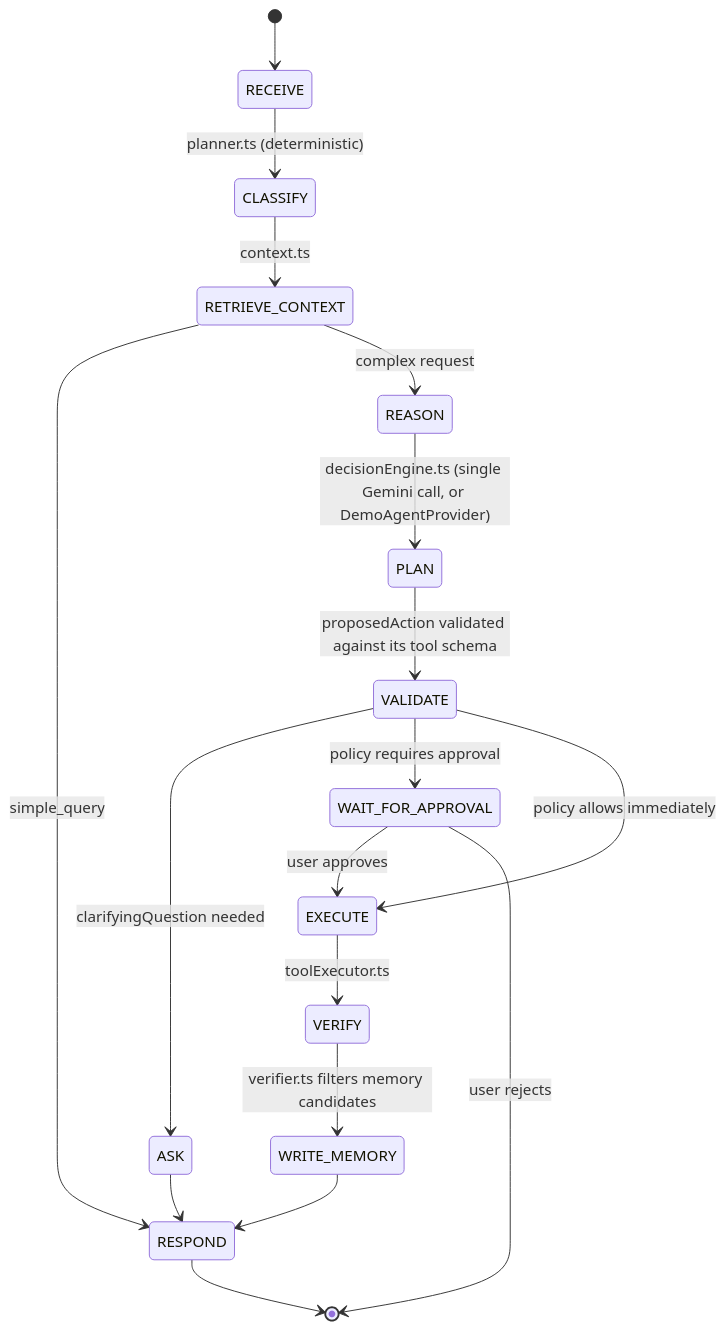
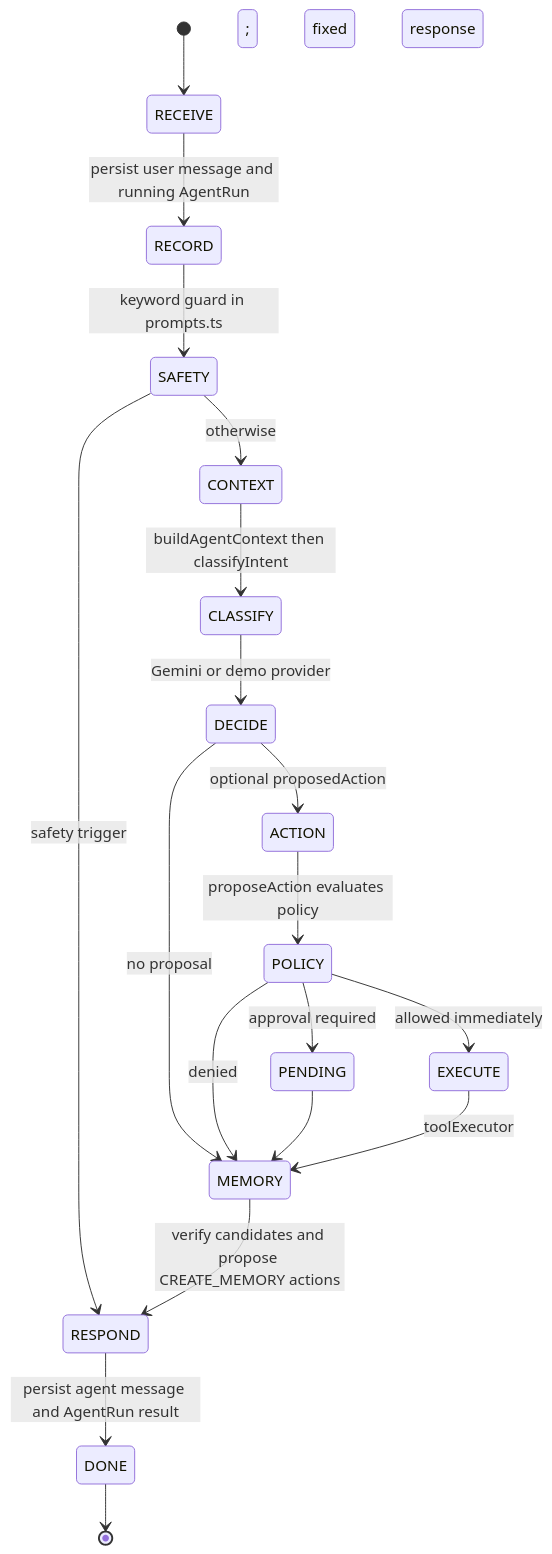
One commit to himanishpuri/continuum changed the second of 6 diagrams in docs/architecture.md. Above: the diagram before and after it, drawn with Mermaid. The commit also changed other lines of this file and 21 other files, not shown here.

````diff
--- a/docs/architecture.md
+++ b/docs/architecture.md
@@ -37,20 +34,21 @@
 ```mermaid
 stateDiagram-v2
     [*] --> RECEIVE
-    RECEIVE --> CLASSIFY: planner.ts (deterministic)
-    CLASSIFY --> RETRIEVE_CONTEXT: context.ts
-    RETRIEVE_CONTEXT --> RESPOND: simple_query
-    RETRIEVE_CONTEXT --> REASON: complex request
-    REASON --> PLAN: decisionEngine.ts (single Gemini call, or DemoAgentProvider)
-    PLAN --> VALIDATE: proposedAction validated against its tool schema
-    VALIDATE --> ASK: clarifyingQuestion needed
-    VALIDATE --> WAIT_FOR_APPROVAL: policy requires approval
-    VALIDATE --> EXECUTE: policy allows immediately
-    WAIT_FOR_APPROVAL --> EXECUTE: user approves
-    WAIT_FOR_APPROVAL --> [*]: user rejects
-    EXECUTE --> VERIFY: toolExecutor.ts
-    VERIFY --> WRITE_MEMORY: verifier.ts filters memory candidates
-    WRITE_MEMORY --> RESPOND
-    ASK --> RESPOND
-    RESPOND --> [*]
+    RECEIVE --> RECORD: persist user message and running AgentRun
+    RECORD --> SAFETY: keyword guard in prompts.ts
+    SAFETY --> RESPOND: safety trigger; fixed response
+    SAFETY --> CONTEXT: otherwise
+    CONTEXT --> CLASSIFY: buildAgentContext then classifyIntent
+    CLASSIFY --> DECIDE: Gemini or demo provider
+    DECIDE --> ACTION: optional proposedAction
+    DECIDE --> MEMORY: no proposal
+    ACTION --> POLICY: proposeAction evaluates policy
+    POLICY --> PENDING: approval required
+    POLICY --> EXECUTE: allowed immediately
+    POLICY --> MEMORY: denied
+    PENDING --> MEMORY
+    EXECUTE --> MEMORY: toolExecutor
+    MEMORY --> RESPOND: verify candidates and propose CREATE_MEMORY actions
+    RESPOND --> DONE: persist agent message and AgentRun result
+    DONE --> [*]
 ```
````
